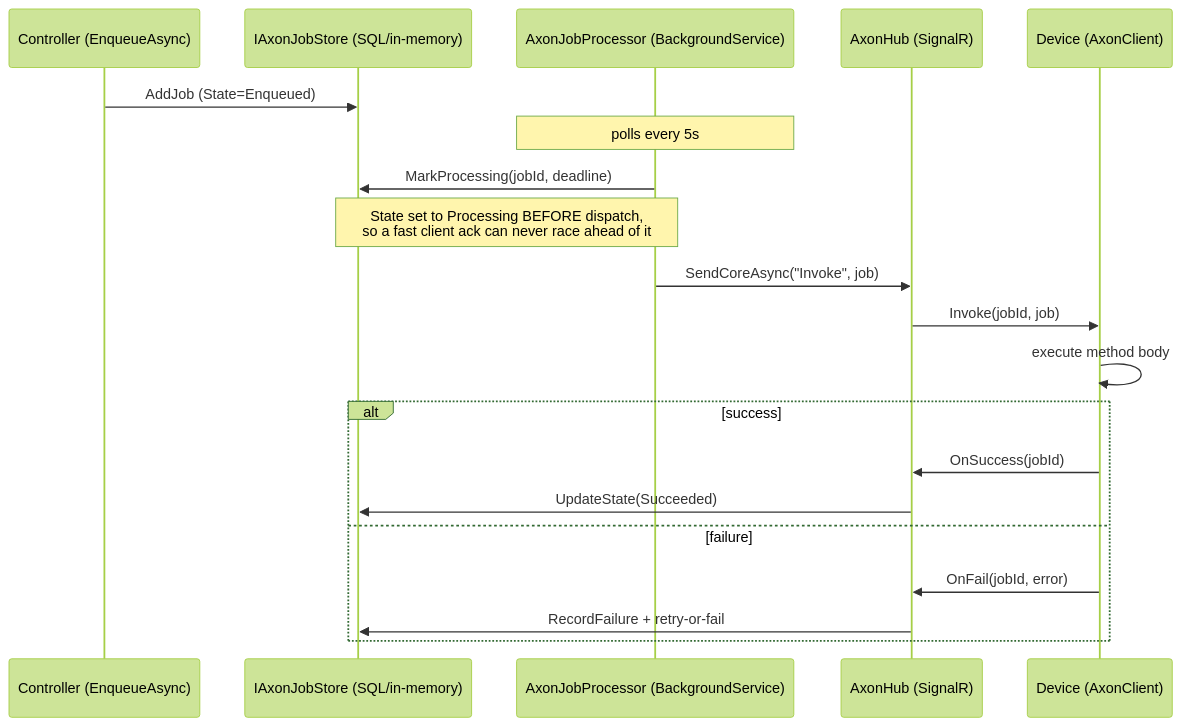
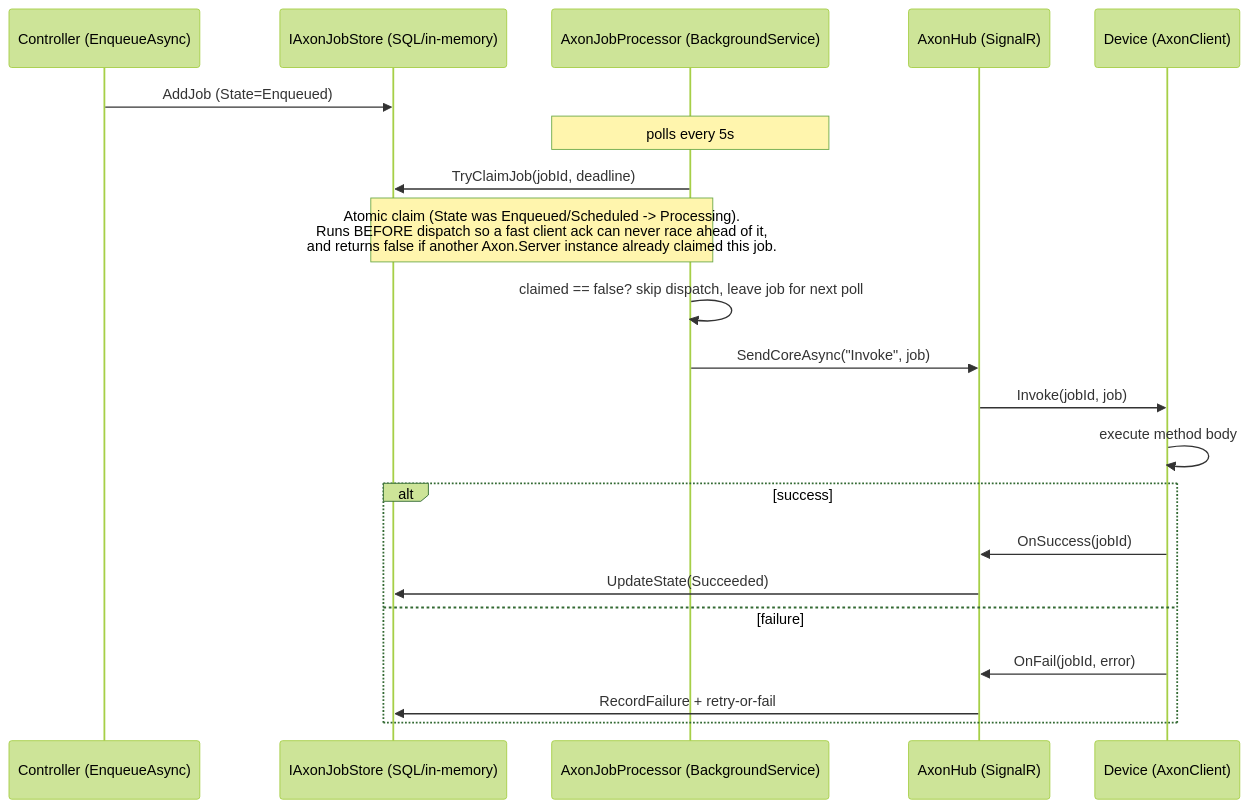
The first of 6 diagrams in docs/architecture.md (housgh/Axon), drawn with Mermaid (forest theme) before and after one commit. The commit also changed other lines of this file and 5 other files, not shown here.

First line of the commit message:
Add atomic job claiming for safe multi-instance dispatch

````diff
--- a/docs/architecture.md
+++ b/docs/architecture.md
@@ -5,25 +5,26 @@
 ```mermaid
 sequenceDiagram
     participant API as Controller (EnqueueAsync)
     participant Store as IAxonJobStore (SQL/in-memory)
     participant Processor as AxonJobProcessor (BackgroundService)
     participant Hub as AxonHub (SignalR)
     participant Client as Device (AxonClient)
 
     API->>Store: AddJob (State=Enqueued)
     Note over Processor: polls every 5s
 
-    Processor->>Store: MarkProcessing(jobId, deadline)
-    Note over Processor,Store: State set to Processing BEFORE dispatch,<br/>so a fast client ack can never race ahead of it
+    Processor->>Store: TryClaimJob(jobId, deadline)
+    Note over Processor,Store: Atomic claim (State was Enqueued/Scheduled -> Processing).<br/>Runs BEFORE dispatch so a fast client ack can never race ahead of it,<br/>and returns false if another Axon.Server instance already claimed this job.
+    Processor->>Processor: claimed == false? skip dispatch, leave job for next poll
     Processor->>Hub: SendCoreAsync("Invoke", job)
     Hub->>Client: Invoke(jobId, job)
     Client->>Client: execute method body
 
     alt success
         Client->>Hub: OnSuccess(jobId)
         Hub->>Store: UpdateState(Succeeded)
     else failure
         Client->>Hub: OnFail(jobId, error)
         Hub->>Store: RecordFailure + retry-or-fail
     end
 ```
````
